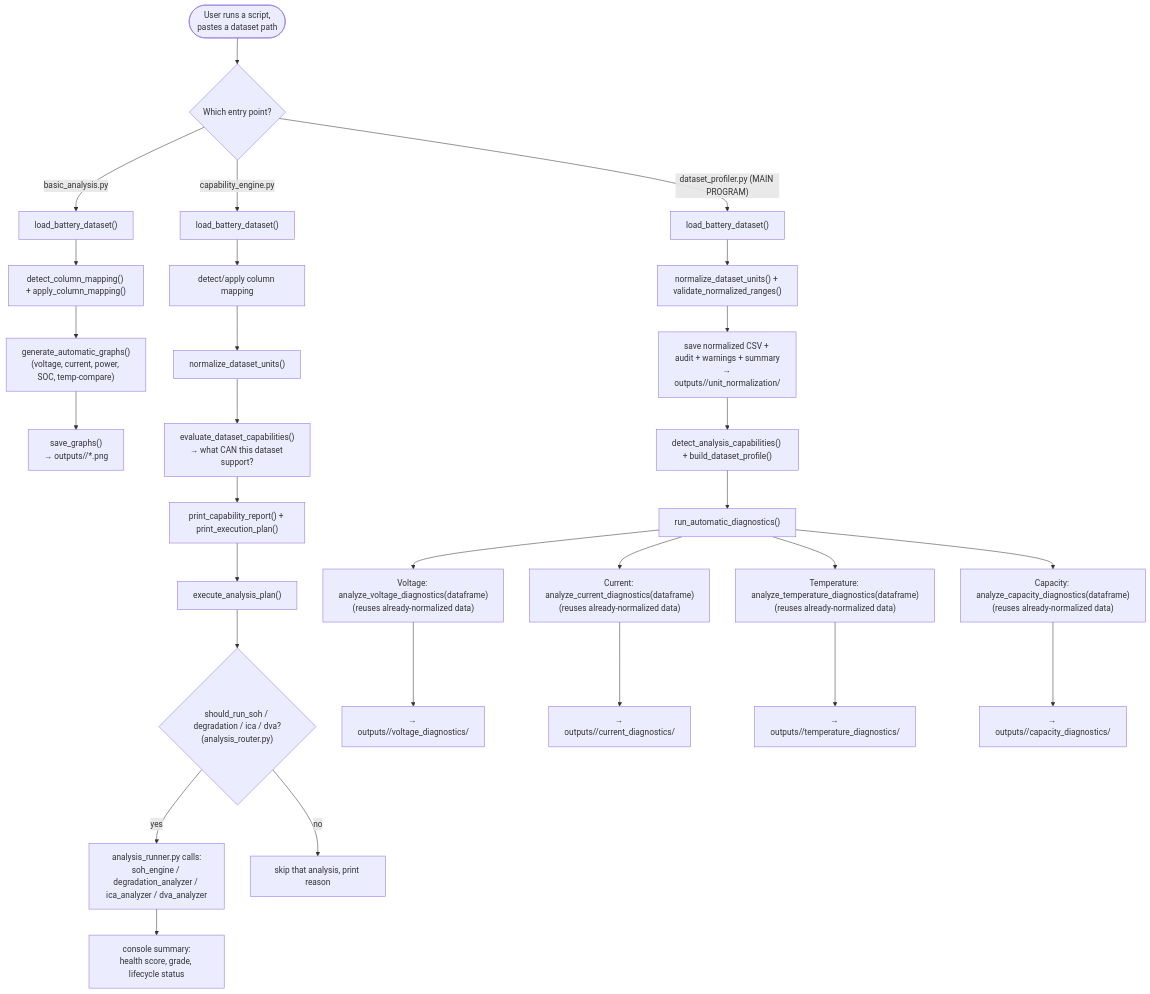
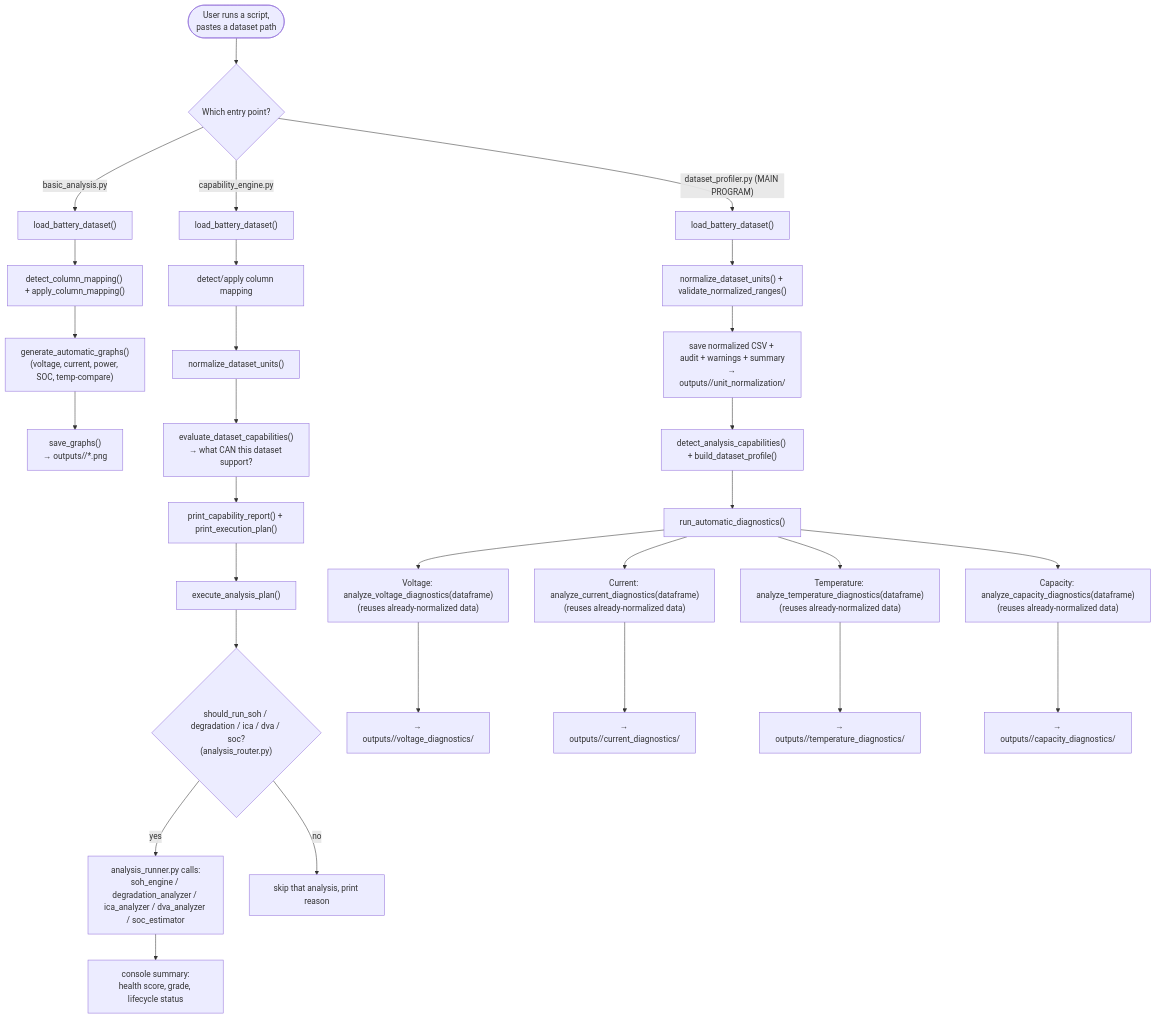
One commit to AnishLtts/battery-degradation-analysis changed the second of 2 diagrams in battery_degradation_project/battery_intelligence_platform/ARCHITECTURE.md. Above: the diagram before and after it, drawn with Mermaid. The commit also changed other lines of this file and 9 other files, not shown here.

````diff
--- a/battery_degradation_project/battery_intelligence_platform/ARCHITECTURE.md
+++ b/battery_degradation_project/battery_intelligence_platform/ARCHITECTURE.md
@@ -180,34 +171,34 @@
 ```mermaid
 flowchart TD
     Start(["User runs a script,\npastes a dataset path"]) --> Which{"Which entry point?"}
 
     Which -->|"basic_analysis.py"| BA1["load_battery_dataset()"]
     BA1 --> BA2["detect_column_mapping() + apply_column_mapping()"]
     BA2 --> BA3["generate_automatic_graphs()\n(voltage, current, power, SOC, temp-compare)"]
     BA3 --> BA4["save_graphs()\n→ outputs/<name>/*.png"]
 
     Which -->|"capability_engine.py"| CE1["load_battery_dataset()"]
     CE1 --> CE2["detect/apply column mapping"]
     CE2 --> CE3["normalize_dataset_units()"]
     CE3 --> CE4["evaluate_dataset_capabilities()\n→ what CAN this dataset support?"]
     CE4 --> CE5["print_capability_report() + print_execution_plan()"]
     CE5 --> CE6["execute_analysis_plan()"]
-    CE6 --> CE7{"should_run_soh / degradation / ica / dva?\n(analysis_router.py)"}
-    CE7 -->|yes| CE8["analysis_runner.py calls:\nsoh_engine / degradation_analyzer / ica_analyzer / dva_analyzer"]
+    CE6 --> CE7{"should_run_soh / degradation / ica / dva / soc?\n(analysis_router.py)"}
+    CE7 -->|yes| CE8["analysis_runner.py calls:\nsoh_engine / degradation_analyzer / ica_analyzer / dva_analyzer / soc_estimator"]
     CE7 -->|no| CE9["skip that analysis, print reason"]
     CE8 --> CE10["console summary:\nhealth score, grade, lifecycle status"]
 
     Which -->|"dataset_profiler.py (MAIN PROGRAM)"| DP1["load_battery_dataset()"]
     DP1 --> DP2["normalize_dataset_units() + validate_normalized_ranges()"]
     DP2 --> DP3["save normalized CSV + audit + warnings + summary\n→ outputs/<name>/unit_normalization/"]
     DP3 --> DP4["detect_analysis_capabilities() + build_dataset_profile()"]
     DP4 --> DP5["run_automatic_diagnostics()"]
     DP5 --> DP6a["Voltage: analyze_voltage_diagnostics(dataframe)\n(reuses already-normalized data)"]
     DP5 --> DP6b["Current: analyze_current_diagnostics(dataframe)\n(reuses already-normalized data)"]
     DP5 --> DP6c["Temperature: analyze_temperature_diagnostics(dataframe)\n(reuses already-normalized data)"]
     DP5 --> DP6d["Capacity: analyze_capacity_diagnostics(dataframe)\n(reuses already-normalized data)"]
     DP6a --> DP7["→ outputs/<name>/voltage_diagnostics/"]
     DP6b --> DP8["→ outputs/<name>/current_diagnostics/"]
     DP6c --> DP9["→ outputs/<name>/temperature_diagnostics/"]
     DP6d --> DP10["→ outputs/<name>/capacity_diagnostics/"]
 ```
````
